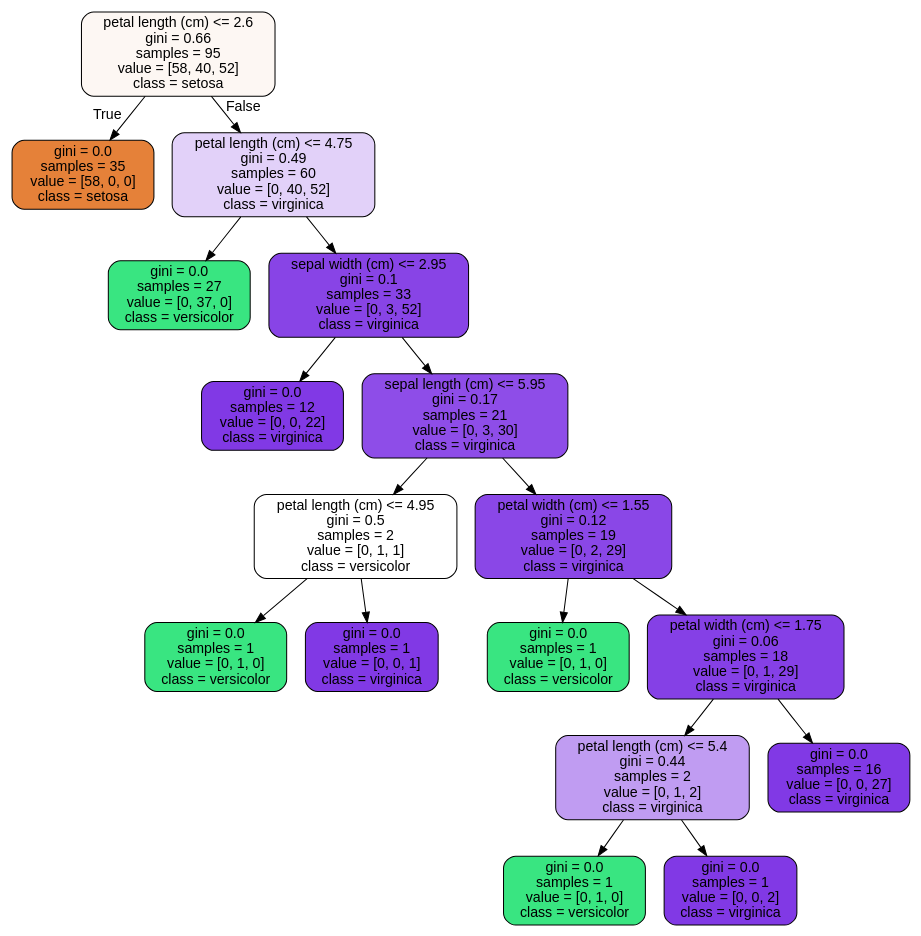
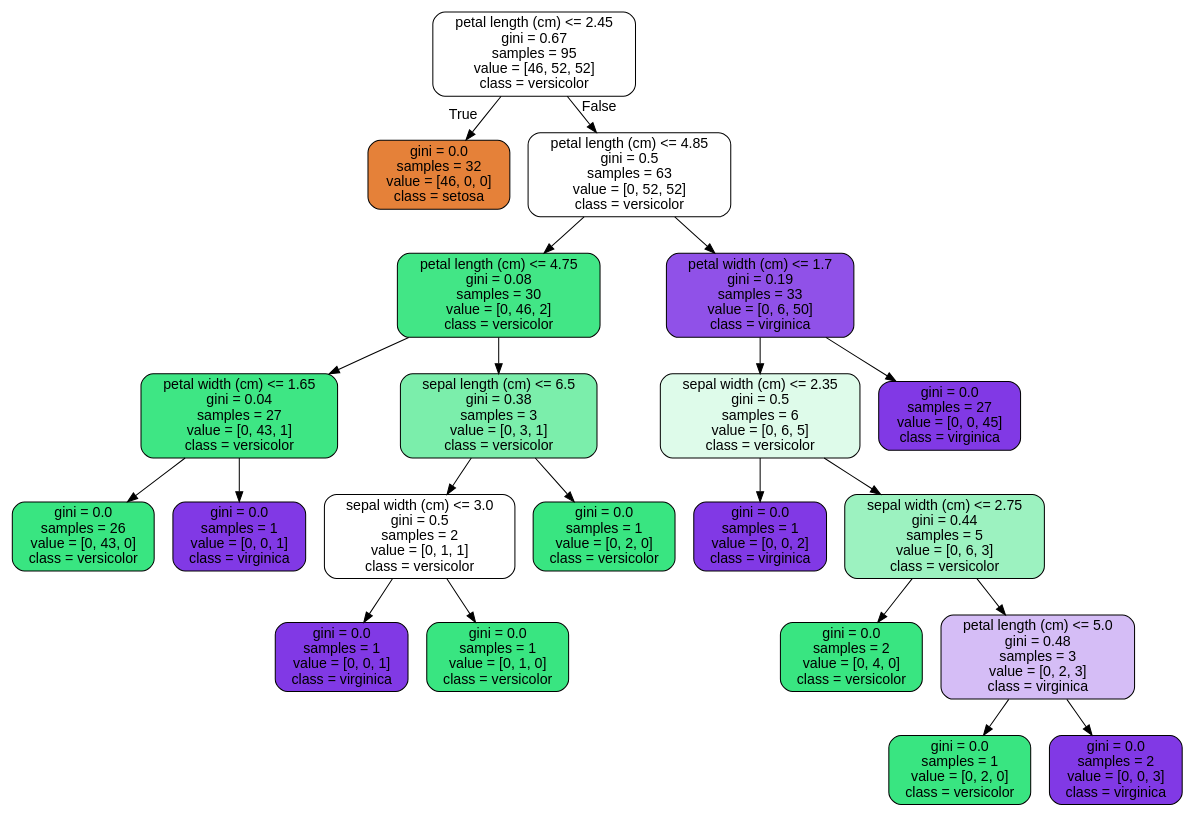
The diagram in tree.dot (amoutafian/random_forest_case_study), drawn with Graphviz before and after one commit. The commit also changed 2 other files, not shown here.

```diff
--- a/tree.dot
+++ b/tree.dot
@@ -1,37 +1,45 @@
 digraph Tree {
 node [shape=box, style="filled, rounded", color="black", fontname="helvetica"] ;
 edge [fontname="helvetica"] ;
-0 [label="petal length (cm) <= 2.6\ngini = 0.66\nsamples = 95\nvalue = [58, 40, 52]\nclass = setosa", fillcolor="#fdf7f3"] ;
-1 [label="gini = 0.0\nsamples = 35\nvalue = [58, 0, 0]\nclass = setosa", fillcolor="#e58139"] ;
+0 [label="petal length (cm) <= 2.45\ngini = 0.67\nsamples = 95\nvalue = [46, 52, 52]\nclass = versicolor", fillcolor="#ffffff"] ;
+1 [label="gini = 0.0\nsamples = 32\nvalue = [46, 0, 0]\nclass = setosa", fillcolor="#e58139"] ;
 0 -> 1 [labeldistance=2.5, labelangle=45, headlabel="True"] ;
-2 [label="petal length (cm) <= 4.75\ngini = 0.49\nsamples = 60\nvalue = [0, 40, 52]\nclass = virginica", fillcolor="#e2d1f9"] ;
+2 [label="petal length (cm) <= 4.85\ngini = 0.5\nsamples = 63\nvalue = [0, 52, 52]\nclass = versicolor", fillcolor="#ffffff"] ;
 0 -> 2 [labeldistance=2.5, labelangle=-45, headlabel="False"] ;
-3 [label="gini = 0.0\nsamples = 27\nvalue = [0, 37, 0]\nclass = versicolor", fillcolor="#39e581"] ;
+3 [label="petal length (cm) <= 4.75\ngini = 0.08\nsamples = 30\nvalue = [0, 46, 2]\nclass = versicolor", fillcolor="#42e686"] ;
 2 -> 3 ;
-4 [label="sepal width (cm) <= 2.95\ngini = 0.1\nsamples = 33\nvalue = [0, 3, 52]\nclass = virginica", fillcolor="#8844e6"] ;
-2 -> 4 ;
-5 [label="gini = 0.0\nsamples = 12\nvalue = [0, 0, 22]\nclass = virginica", fillcolor="#8139e5"] ;
+4 [label="petal width (cm) <= 1.65\ngini = 0.04\nsamples = 27\nvalue = [0, 43, 1]\nclass = versicolor", fillcolor="#3ee684"] ;
+3 -> 4 ;
+5 [label="gini = 0.0\nsamples = 26\nvalue = [0, 43, 0]\nclass = versicolor", fillcolor="#39e581"] ;
 4 -> 5 ;
-6 [label="sepal length (cm) <= 5.95\ngini = 0.17\nsamples = 21\nvalue = [0, 3, 30]\nclass = virginica", fillcolor="#8e4de8"] ;
+6 [label="gini = 0.0\nsamples = 1\nvalue = [0, 0, 1]\nclass = virginica", fillcolor="#8139e5"] ;
 4 -> 6 ;
-7 [label="petal length (cm) <= 4.95\ngini = 0.5\nsamples = 2\nvalue = [0, 1, 1]\nclass = versicolor", fillcolor="#ffffff"] ;
-6 -> 7 ;
-8 [label="gini = 0.0\nsamples = 1\nvalue = [0, 1, 0]\nclass = versicolor", fillcolor="#39e581"] ;
+7 [label="sepal length (cm) <= 6.5\ngini = 0.38\nsamples = 3\nvalue = [0, 3, 1]\nclass = versicolor", fillcolor="#7beeab"] ;
+3 -> 7 ;
+8 [label="sepal width (cm) <= 3.0\ngini = 0.5\nsamples = 2\nvalue = [0, 1, 1]\nclass = versicolor", fillcolor="#ffffff"] ;
 7 -> 8 ;
 9 [label="gini = 0.0\nsamples = 1\nvalue = [0, 0, 1]\nclass = virginica", fillcolor="#8139e5"] ;
-7 -> 9 ;
-10 [label="petal width (cm) <= 1.55\ngini = 0.12\nsamples = 19\nvalue = [0, 2, 29]\nclass = virginica", fillcolor="#8a47e7"] ;
-6 -> 10 ;
-11 [label="gini = 0.0\nsamples = 1\nvalue = [0, 1, 0]\nclass = versicolor", fillcolor="#39e581"] ;
-10 -> 11 ;
-12 [label="petal width (cm) <= 1.75\ngini = 0.06\nsamples = 18\nvalue = [0, 1, 29]\nclass = virginica", fillcolor="#8540e6"] ;
-10 -> 12 ;
-13 [label="petal length (cm) <= 5.4\ngini = 0.44\nsamples = 2\nvalue = [0, 1, 2]\nclass = virginica", fillcolor="#c09cf2"] ;
+8 -> 9 ;
+10 [label="gini = 0.0\nsamples = 1\nvalue = [0, 1, 0]\nclass = versicolor", fillcolor="#39e581"] ;
+8 -> 10 ;
+11 [label="gini = 0.0\nsamples = 1\nvalue = [0, 2, 0]\nclass = versicolor", fillcolor="#39e581"] ;
+7 -> 11 ;
+12 [label="petal width (cm) <= 1.7\ngini = 0.19\nsamples = 33\nvalue = [0, 6, 50]\nclass = virginica", fillcolor="#9051e8"] ;
+2 -> 12 ;
+13 [label="sepal width (cm) <= 2.35\ngini = 0.5\nsamples = 6\nvalue = [0, 6, 5]\nclass = versicolor", fillcolor="#defbea"] ;
 12 -> 13 ;
-14 [label="gini = 0.0\nsamples = 1\nvalue = [0, 1, 0]\nclass = versicolor", fillcolor="#39e581"] ;
+14 [label="gini = 0.0\nsamples = 1\nvalue = [0, 0, 2]\nclass = virginica", fillcolor="#8139e5"] ;
 13 -> 14 ;
-15 [label="gini = 0.0\nsamples = 1\nvalue = [0, 0, 2]\nclass = virginica", fillcolor="#8139e5"] ;
+15 [label="sepal width (cm) <= 2.75\ngini = 0.44\nsamples = 5\nvalue = [0, 6, 3]\nclass = versicolor", fillcolor="#9cf2c0"] ;
 13 -> 15 ;
-16 [label="gini = 0.0\nsamples = 16\nvalue = [0, 0, 27]\nclass = virginica", fillcolor="#8139e5"] ;
-12 -> 16 ;
+16 [label="gini = 0.0\nsamples = 2\nvalue = [0, 4, 0]\nclass = versicolor", fillcolor="#39e581"] ;
+15 -> 16 ;
+17 [label="petal length (cm) <= 5.0\ngini = 0.48\nsamples = 3\nvalue = [0, 2, 3]\nclass = virginica", fillcolor="#d5bdf6"] ;
+15 -> 17 ;
+18 [label="gini = 0.0\nsamples = 1\nvalue = [0, 2, 0]\nclass = versicolor", fillcolor="#39e581"] ;
+17 -> 18 ;
+19 [label="gini = 0.0\nsamples = 2\nvalue = [0, 0, 3]\nclass = virginica", fillcolor="#8139e5"] ;
+17 -> 19 ;
+20 [label="gini = 0.0\nsamples = 27\nvalue = [0, 0, 45]\nclass = virginica", fillcolor="#8139e5"] ;
+12 -> 20 ;
 }
```
